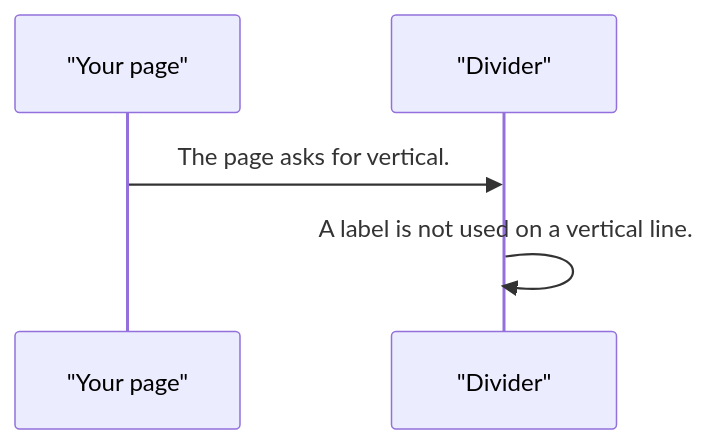
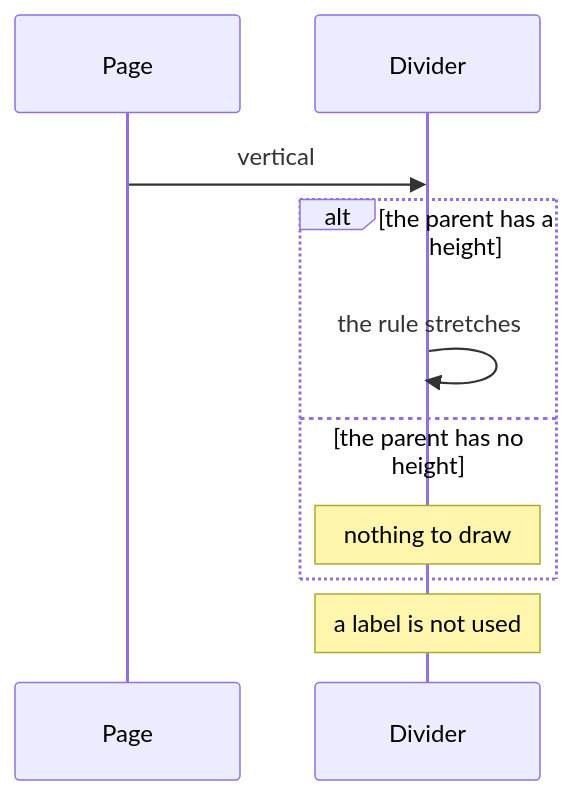
Before and after one commit to RajshekharBorate/pixel-ui: the third of 4 diagrams in projects/pixel-ui/src/lib/pixel-divider/DESIGN.md, drawn with Mermaid. The commit also changed other lines of this file and 73 other files, not shown here.

Commit message:
Explain who owns each value and what each flow does in every component and service design.

````diff
--- a/projects/pixel-ui/src/lib/pixel-divider/DESIGN.md
+++ b/projects/pixel-ui/src/lib/pixel-divider/DESIGN.md
@@ -61,7 +78,12 @@
 ```mermaid
 sequenceDiagram
-  participant page as "Your page"
-  participant line as "Divider"
-  page->>line: The page asks for vertical.
-  line->>line: A label is not used on a vertical line.
+  participant Page
+  participant Line as Divider
+  Page->>Line: vertical
+  alt the parent has a height
+    Line->>Line: the rule stretches
+  else the parent has no height
+    Note over Line: nothing to draw
+  end
+  Note over Line: a label is not used
 ```
````
